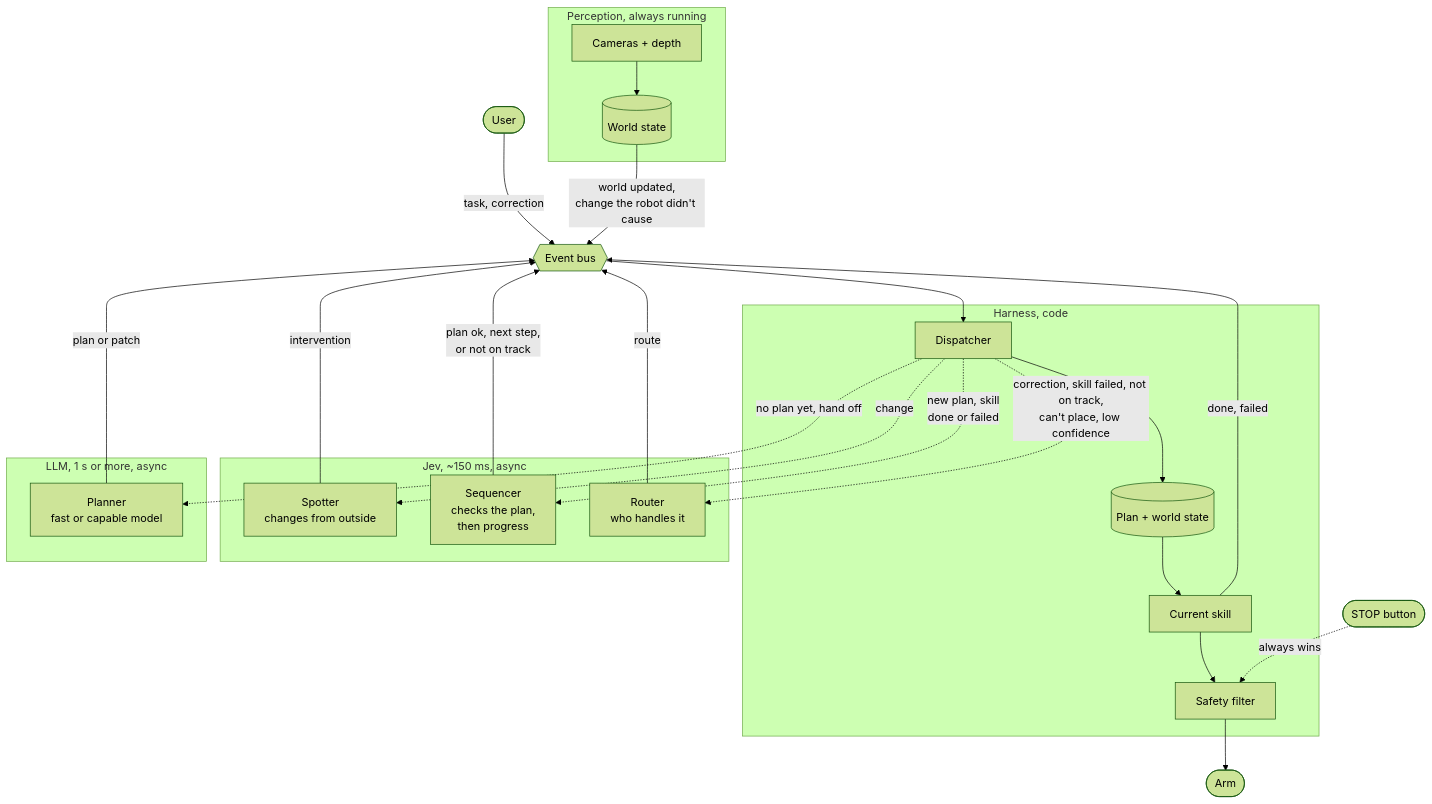
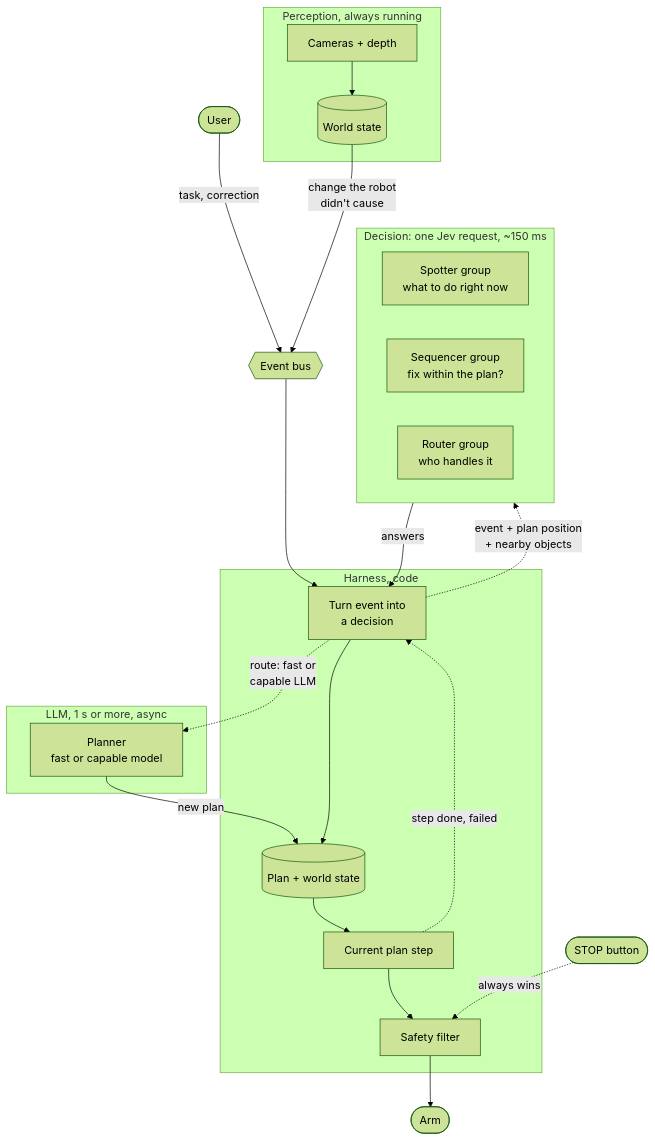
Before and after one commit to alee792/robojev: the first of 7 diagrams in docs/v2-diagrams.md, drawn with Mermaid (forest theme). The commit also changed other lines of this file and 1 other file, not shown here.

First line of the commit message:
v2: one decision per event (right-now, in-plan fix, route in one Jev request), episodes, no variants prepared up front, plan check runs in parallel with the first step; diagrams redrawn

````diff
--- a/docs/v2-diagrams.md
+++ b/docs/v2-diagrams.md
@@ -10,37 +11,33 @@
 ```mermaid
 flowchart TB
     subgraph perc [Perception, always running]
         cams[Cameras + depth] --> ws[(World state)]
     end
     user([User])
     bus{{Event bus}}
     subgraph harness [Harness, code]
-        disp[Dispatcher]
+        disp[Turn event into<br/>a decision]
         state[(Plan + world state)]
-        skill[Current skill]
+        skill[Current plan step]
         filter[Safety filter]
     end
-    subgraph jev [Jev, ~150 ms, async]
-        spotter[Spotter<br/>changes from outside]
-        seq[Sequencer<br/>checks the plan,<br/>then progress]
-        router[Router<br/>who handles it]
+    subgraph jev [Decision: one Jev request, ~150 ms]
+        g1[Spotter group<br/>what to do right now]
+        g2[Sequencer group<br/>fix within the plan?]
+        g3[Router group<br/>who handles it]
     end
     subgraph llm [LLM, 1 s or more, async]
         planner[Planner<br/>fast or capable model]
     end
 
     user -- "task, correction" --> bus
-    ws -- "world updated,<br/>change the robot didn't cause" --> bus
-    skill -- "done, failed" --> bus
+    ws -- "change the robot<br/>didn't cause" --> bus
     bus --> disp
-    disp -. "change" .-> spotter
-    disp -. "new plan, skill<br/>done or failed" .-> seq
-    disp -. "correction, skill failed, not on track,<br/>can't place, low confidence" .-> router
-    disp -. "no plan yet, hand off" .-> planner
-    spotter -- "intervention" --> bus
-    seq -- "plan ok, next step,<br/>or not on track" --> bus
-    router -- "route" --> bus
-    planner -- "plan or patch" --> bus
+    disp -. "event + plan position<br/>+ nearby objects" .-> jev
+    jev -- "answers" --> disp
+    disp -. "route: fast or<br/>capable LLM" .-> planner
+    planner -- "new plan" --> state
     disp --> state --> skill --> filter --> arm([Arm])
+    skill -. "step done, failed" .-> disp
     stop([STOP button]) -. "always wins" .-> filter
 ```
````
